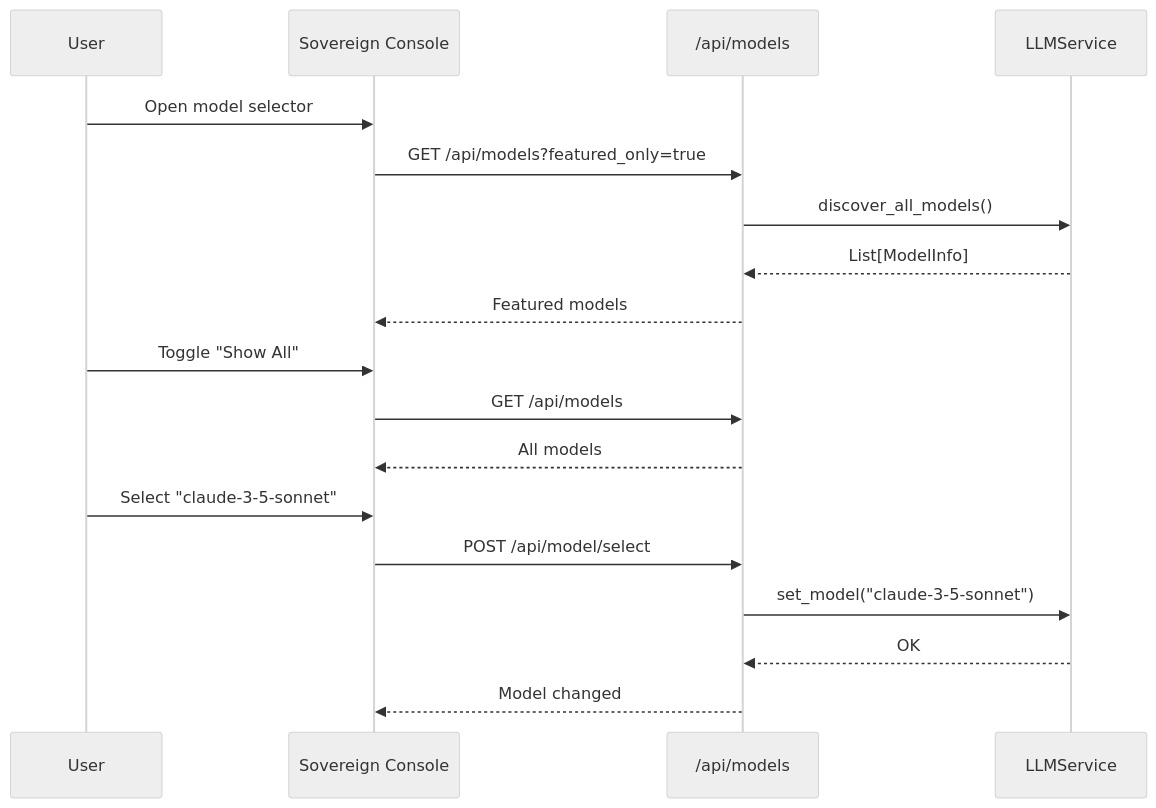
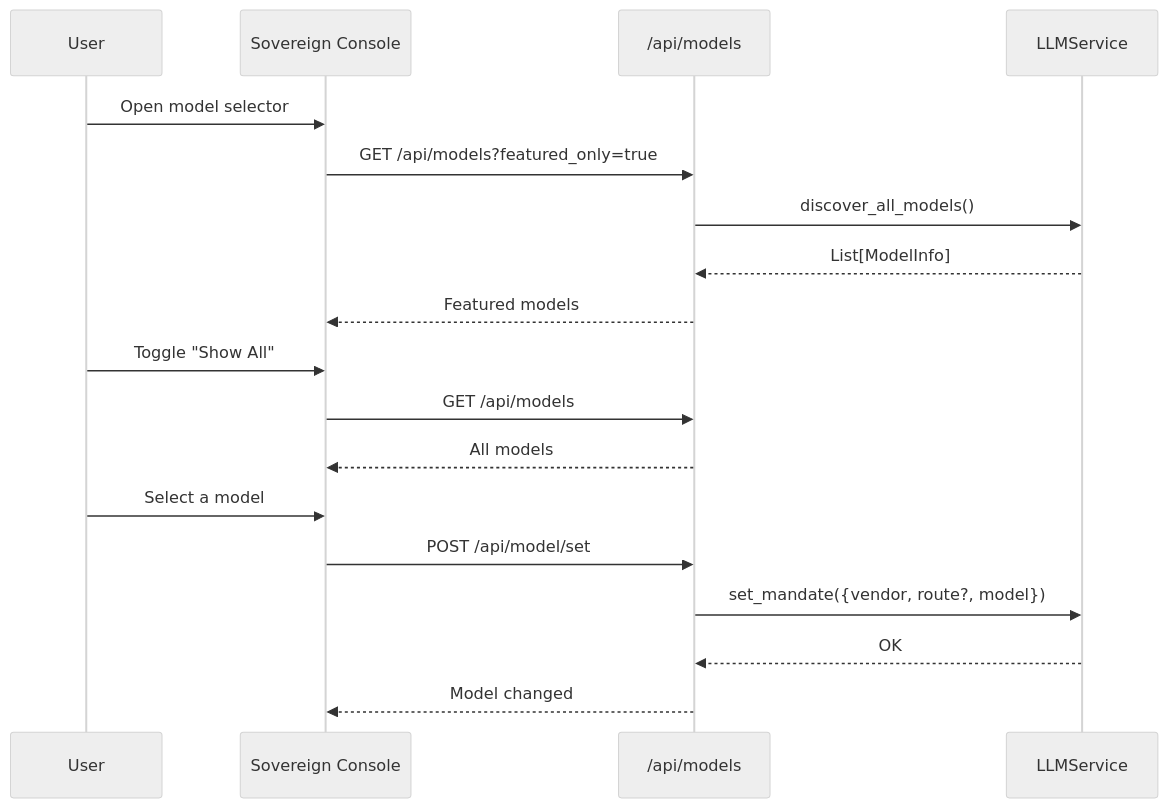
Before and after one commit to KestrelSovereignAI/kestrel-sovereign: diagram 14 of 14 in docs/diagrams/06-llm-management.md, drawn with Mermaid (neutral theme). The commit also changed other lines of this file and 2 other files, not shown here.

First line of the commit message:
docs(llm): refresh provider docs to reflect SDK migration + honesty layer

````diff
--- a/docs/diagrams/06-llm-management.md
+++ b/docs/diagrams/06-llm-management.md
@@ -366,23 +412,23 @@
 ```mermaid
 sequenceDiagram
     participant U as User
     participant UI as Sovereign Console
     participant API as /api/models
     participant LLM as LLMService
 
     U->>UI: Open model selector
     UI->>API: GET /api/models?featured_only=true
     API->>LLM: discover_all_models()
     LLM-->>API: List[ModelInfo]
     API-->>UI: Featured models
 
     U->>UI: Toggle "Show All"
     UI->>API: GET /api/models
     API-->>UI: All models
 
-    U->>UI: Select "claude-3-5-sonnet"
-    UI->>API: POST /api/model/select
-    API->>LLM: set_model("claude-3-5-sonnet")
+    U->>UI: Select a model
+    UI->>API: POST /api/model/set
+    API->>LLM: set_mandate({vendor, route?, model})
     LLM-->>API: OK
     API-->>UI: Model changed
 ```
````
